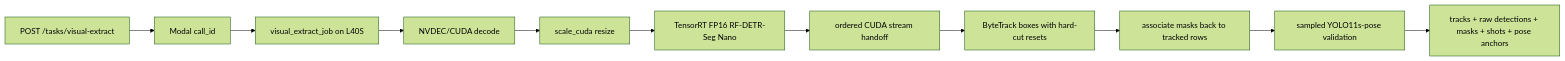
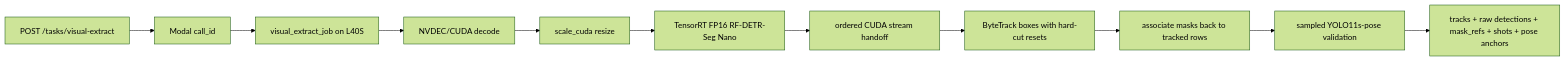
The second of 3 diagrams in docs/runtime/RUNTIME_GUIDE.md (ClyptAI/Clypt-Backend), drawn with Mermaid (forest theme) before and after one commit. The commit also changed other lines of this file and 35 other files, not shown here.

````diff
--- a/docs/runtime/RUNTIME_GUIDE.md
+++ b/docs/runtime/RUNTIME_GUIDE.md
@@ -137,16 +137,16 @@
 ```mermaid
 flowchart LR
   req["POST /tasks/visual-extract"]
   callId["Modal call_id"]
   job["visual_extract_job on L40S"]
   decode["NVDEC/CUDA decode"]
   resize["scale_cuda resize"]
   trt["TensorRT FP16 RF-DETR-Seg Nano"]
   stream["ordered CUDA stream handoff"]
   tracker["ByteTrack boxes with hard-cut resets"]
   maskAssoc["associate masks back to tracked rows"]
   pose["sampled YOLO11s-pose validation"]
-  payload["tracks + raw detections + masks + shots + pose anchors"]
+  payload["tracks + raw detections + mask_refs + shots + pose anchors"]
 
   req --> callId --> job --> decode --> resize --> trt --> stream --> tracker --> maskAssoc --> pose --> payload
 ```
````
